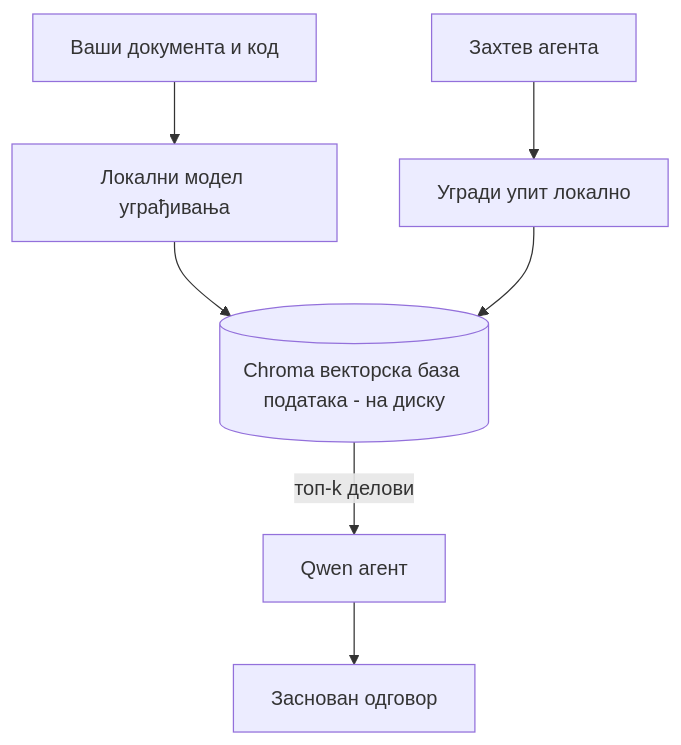
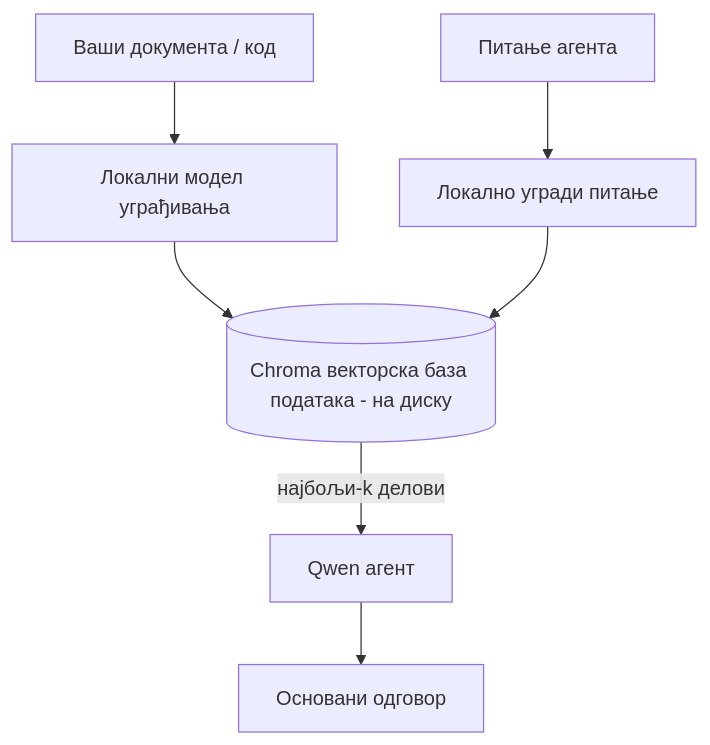
Before and after one commit to microsoft/ai-agents-for-beginners: the third of 4 diagrams in translations/sr/17-creating-local-ai-agents/README.md, drawn with Mermaid. The commit also changed other lines of this file and 47 other files, not shown here.

````diff
--- a/translations/sr/17-creating-local-ai-agents/README.md
+++ b/translations/sr/17-creating-local-ai-agents/README.md
@@ -125,9 +125,9 @@
 ```mermaid
 flowchart TB
-    D[Ваши документа и код] --> E[Локални модел уграђивања]
+    D[Ваши документа / код] --> E[Локални модел уграђивања]
     E --> V[(Chroma векторска база података - на диску)]
-    Q[Захтев агента] --> QE[Угради упит локално]
+    Q[Питање агента] --> QE[Локално угради питање]
     QE --> V
-    V -->|топ-k делови| A[Qwen агент]
-    A --> Ans[Заснован одговор]
+    V -->|најбољи-k делови| A[Qwen агент]
+    A --> Ans[Основани одговор]
 ```
````
